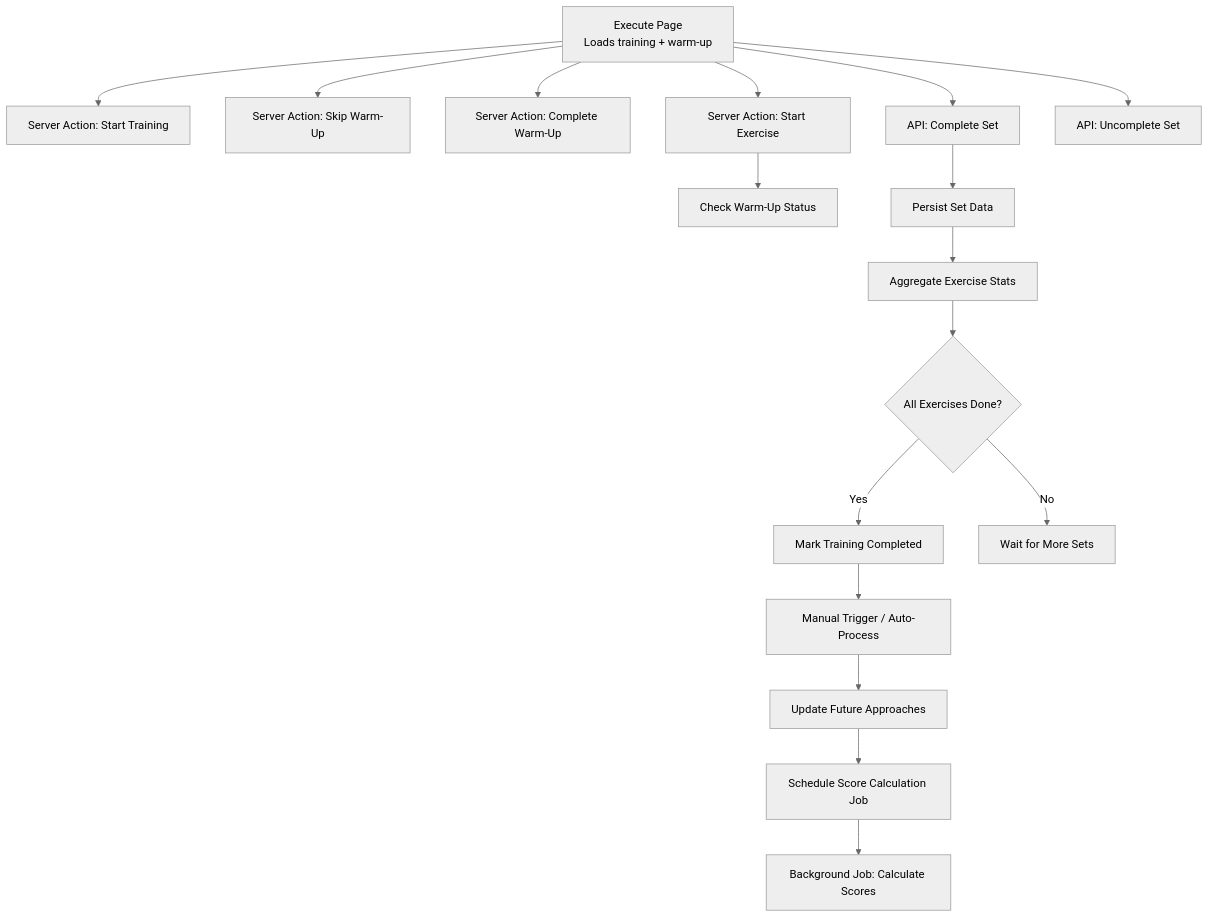
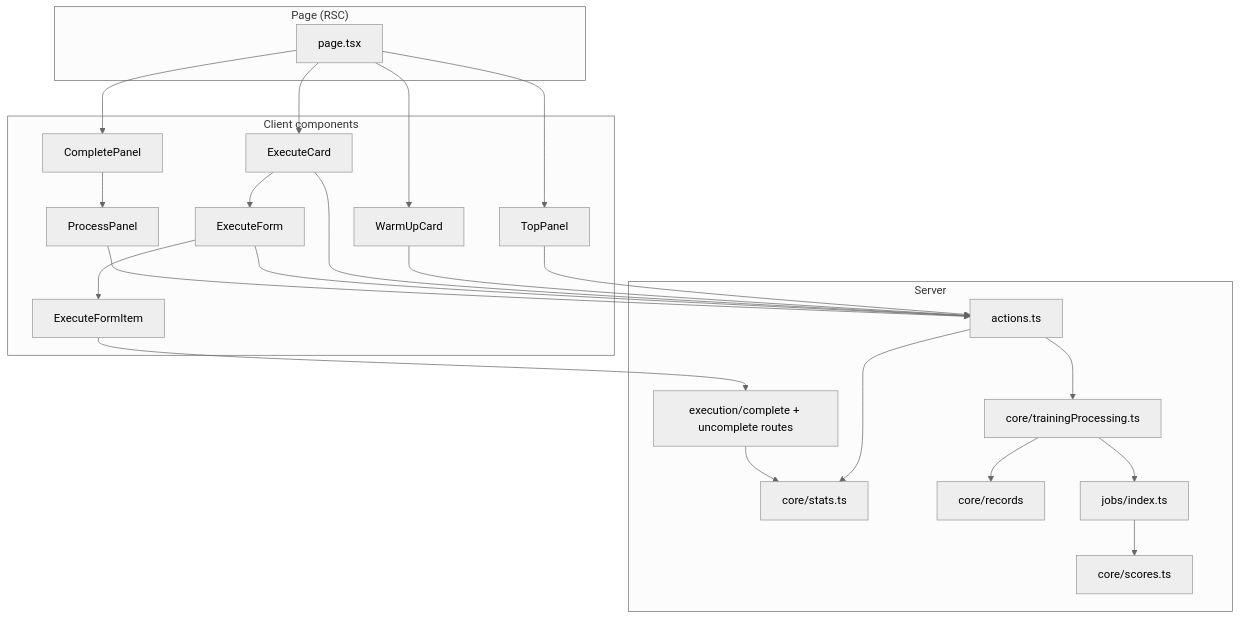
The first of 9 diagrams in .qoder/repowiki/en/content/Training Execution Flow.md (Dezzpil/meingym), drawn with Mermaid (neutral theme) before and after one commit. The commit also changed other lines of this file and 12 other files, not shown here.

````diff
--- a/.qoder/repowiki/en/content/Training Execution Flow.md
+++ b/.qoder/repowiki/en/content/Training Execution Flow.md
@@ -34,19 +91,43 @@
 ```mermaid
 graph TB
-UI["Execute Page<br/>Loads training + warm-up"] --> SA_Start["Server Action: Start Training"]
-UI --> SA_WarmUpSkip["Server Action: Skip Warm-Up"]
-UI --> SA_WarmUpComplete["Server Action: Complete Warm-Up"]
-UI --> SA_ExerciseStart["Server Action: Start Exercise"]
-UI --> API_ExecComplete["API: Complete Set"]
-UI --> API_ExecUncomplete["API: Uncomplete Set"]
-SA_ExerciseStart --> CheckWarmup["Check Warm-Up Status"]
-API_ExecComplete --> PersistSet["Persist Set Data"]
-PersistSet --> AggregateStats["Aggregate Exercise Stats"]
-AggregateStats --> CheckAllDone{"All Exercises Done?"}
-CheckAllDone --> |Yes| MarkCompleted["Mark Training Completed"]
-CheckAllDone --> |No| WaitMore["Wait for More Sets"]
-MarkCompleted --> ProcessTrigger["Manual Trigger / Auto-Process"]
-ProcessTrigger --> Progression["Update Future Approaches"]
-Progression --> ScheduleScore["Schedule Score Calculation Job"]
-ScheduleScore --> JobProcessor["Background Job: Calculate Scores"]
+subgraph "Page (RSC)"
+PG["page.tsx"]
+end
+subgraph "Client components"
+TP["TopPanel"]
+WU["WarmUpCard"]
+CD["ExecuteCard"]
+FM["ExecuteForm"]
+FI["ExecuteFormItem"]
+CP["CompletePanel"]
+PP["ProcessPanel"]
+end
+subgraph "Server"
+SA["actions.ts"]
+RT["execution/complete + uncomplete routes"]
+ST["core/stats.ts"]
+PR["core/trainingProcessing.ts"]
+RC["core/records"]
+SC["core/scores.ts"]
+JQ["jobs/index.ts"]
+end
+PG --> TP
+PG --> WU
+PG --> CD
+PG --> CP
+CD --> FM
+FM --> FI
+CP --> PP
+TP --> SA
+WU --> SA
+CD --> SA
+FM --> SA
+PP --> SA
+FI --> RT
+SA --> ST
+SA --> PR
+PR --> RC
+PR --> JQ
+JQ --> SC
+RT --> ST
 ```
````
